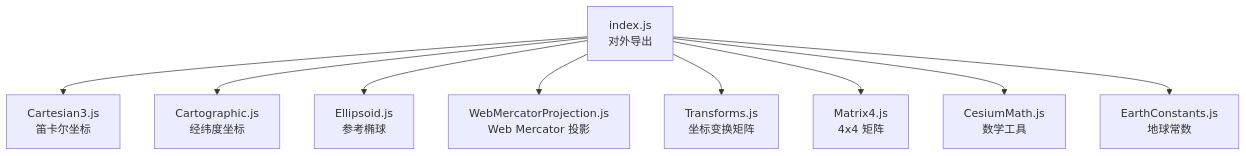
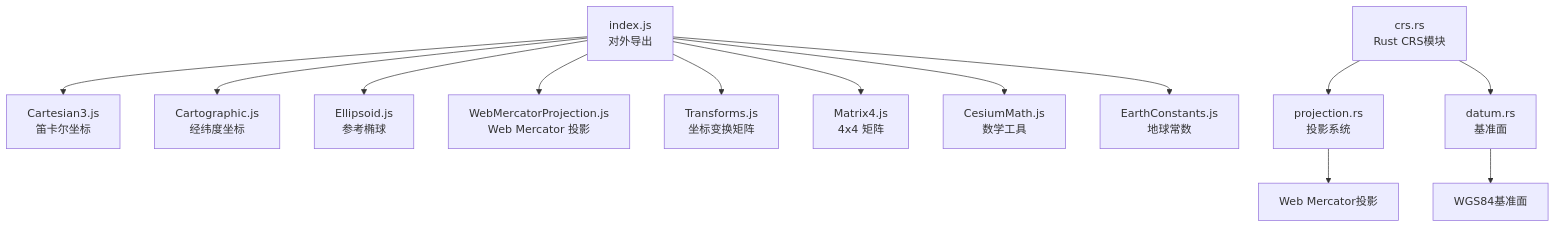
One commit to rzhangjing/cesium changed the first of 6 diagrams in .qoder/repowiki/zh/content/核心概念/坐标系统与投影.md. Above: the diagram before and after it, drawn with Mermaid. The commit also changed other lines of this file and 74 other files, not shown here.

````diff
--- a/.qoder/repowiki/zh/content/核心概念/坐标系统与投影.md
+++ b/.qoder/repowiki/zh/content/核心概念/坐标系统与投影.md
@@ -40,11 +54,15 @@
 ```mermaid
 graph TB
 A["index.js<br/>对外导出"] --> B["Cartesian3.js<br/>笛卡尔坐标"]
 A --> C["Cartographic.js<br/>经纬度坐标"]
 A --> D["Ellipsoid.js<br/>参考椭球"]
 A --> E["WebMercatorProjection.js<br/>Web Mercator 投影"]
 A --> F["Transforms.js<br/>坐标变换矩阵"]
 A --> G["Matrix4.js<br/>4x4 矩阵"]
 A --> H["CesiumMath.js<br/>数学工具"]
 A --> I["EarthConstants.js<br/>地球常数"]
+J["crs.rs<br/>Rust CRS模块"] --> K["projection.rs<br/>投影系统"]
+J --> L["datum.rs<br/>基准面"]
+K --> M["Web Mercator投影"]
+L --> N["WGS84基准面"]
 ```
````
